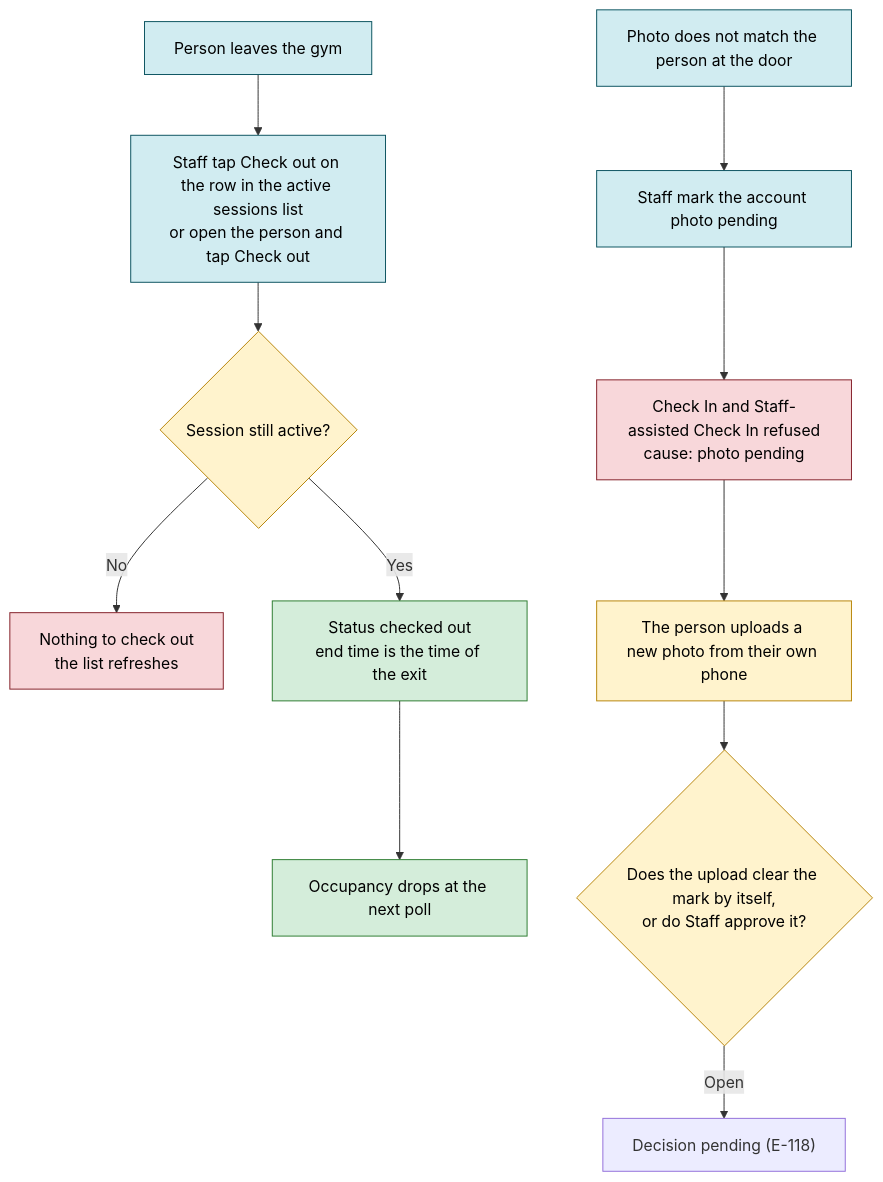
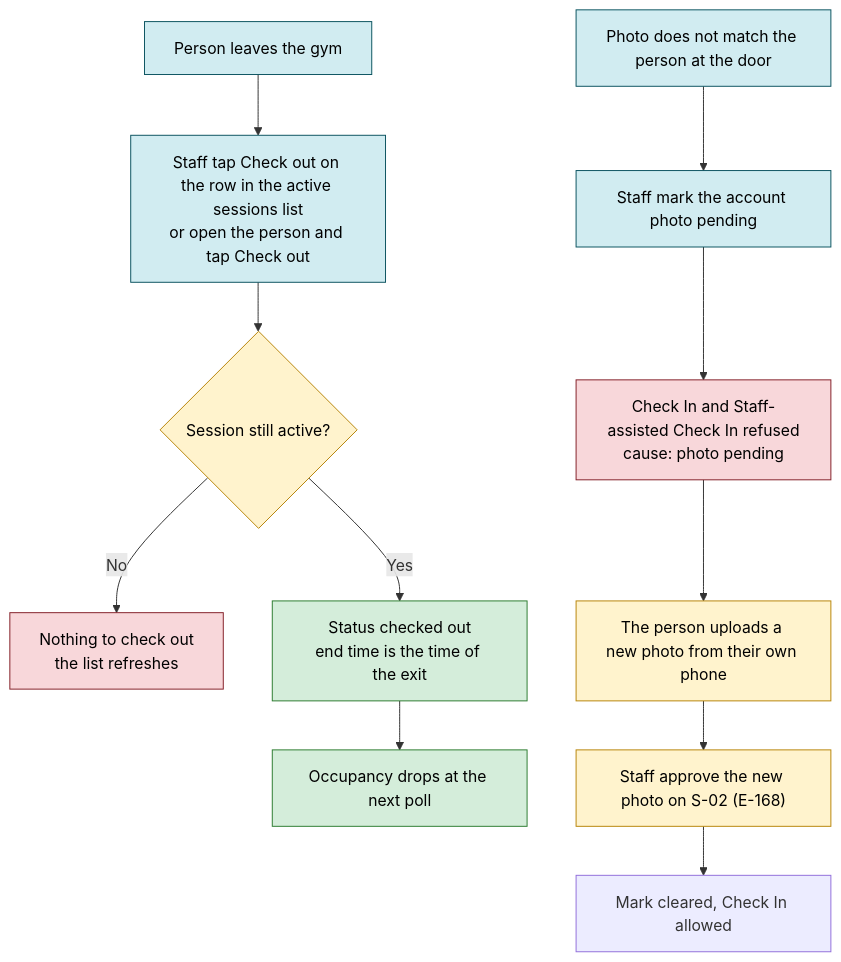
Diagram 12 of 12 in docs/design/check-in-flows.md (Th3-Minorities/natatorio-gym-app), drawn with Mermaid before and after one commit. The commit also changed other lines of this file and 11 other files, not shown here.

````diff
--- a/docs/design/check-in-flows.md
+++ b/docs/design/check-in-flows.md
@@ -386,23 +386,23 @@
 ```mermaid
 flowchart TD
   A["Person leaves the gym"] --> B["Staff tap Check out on the row in the active sessions list<br/>or open the person and tap Check out"]
   B --> C{"Session still active?"}
   C -- "No" --> X1["Nothing to check out<br/>the list refreshes"]
   C -- "Yes" --> D["Status checked out<br/>end time is the time of the exit"]
   D --> E["Occupancy drops at the next poll"]
 
   P["Photo does not match the person at the door"] --> Q["Staff mark the account photo pending"]
   Q --> R["Check In and Staff-assisted Check In refused<br/>cause: photo pending"]
   R --> S["The person uploads a new photo from their own phone"]
-  S --> T{"Does the upload clear the mark by itself,<br/>or do Staff approve it?"}
-  T -- "Open" --> U["Decision pending (E-118)"]
+  S --> T["Staff approve the new photo on S-02 (E-168)"]
+  T --> U["Mark cleared, Check In allowed"]
 
   classDef staff fill:#d1ecf1,stroke:#0c5460,color:#000
   classDef back fill:#fff3cd,stroke:#b8860b,color:#000
   classDef reject fill:#f8d7da,stroke:#842029,color:#000
   classDef ok fill:#d4edda,stroke:#2e7d32,color:#000
   class A,B,P,Q staff
   class C,S,T back
   class X1,R reject
   class D,E ok
 ```
````
